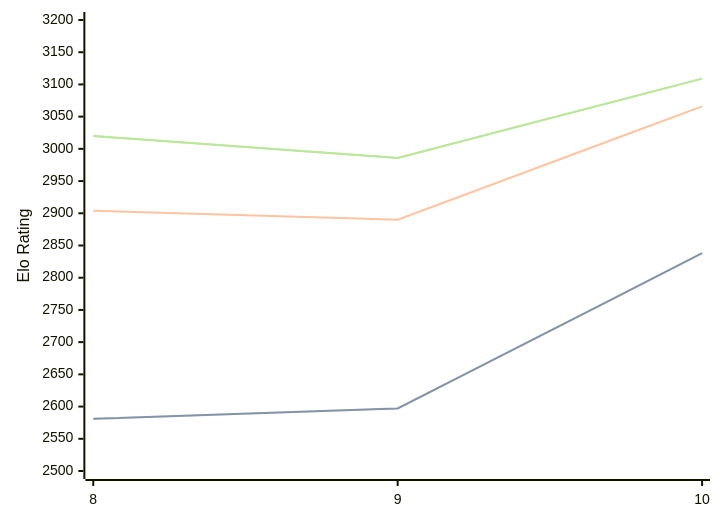
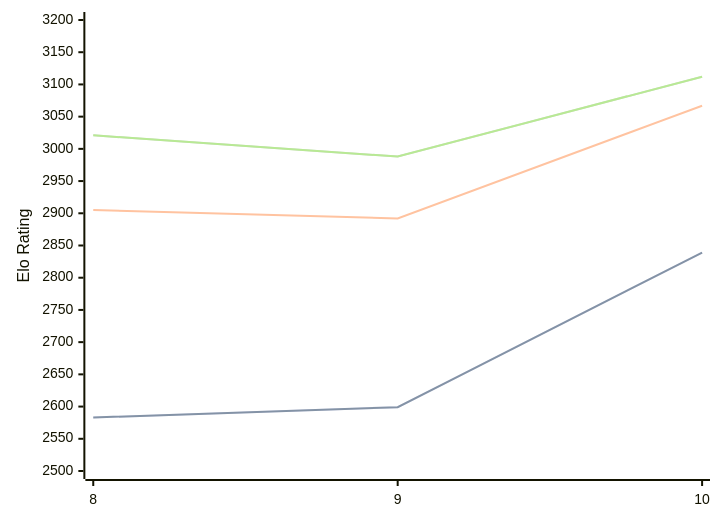
The diagram in engines/Lozza.md (computer-chess-index/cci), drawn with Mermaid before and after one commit. The commit also changed other lines of this file, not shown here.

Commit message:
Update CCI Ratings (ELO VLTC) - 2026-08-15

````diff
--- a/engines/Lozza.md
+++ b/engines/Lozza.md
@@ -33,11 +33,11 @@
 ```mermaid
 %%{init: {"theme":"base","themeVariables":{"seriesColors:['#a3a3a3','#222221','#faa371']}}}%%
 xychart-beta
   x-axis ["8", "9", "10"]
   y-axis "Elo Rating" 2500 --> 3200
-  line "STC (8.0+0.08s)" [2581, 2597, 2838]
-  line "STC (8.0+0.08s)" [2581, 2597, 2838]
-  line "LTC (60.0+0.60s)" [2904, 2890, 3066]
-  line "VLTC (2m24s+1.12s)" [3020, 2986, 3109]
-  line "VLTC (2m24s+1.12s)" [3020, 2986, 3109]
+  line "STC (8.0+0.08s)" [2583, 2599, 2839]
+  line "STC (8.0+0.08s)" [2583, 2599, 2839]
+  line "LTC (60.0+0.60s)" [2905, 2892, 3067]
+  line "VLTC (2m24s+1.12s)" [3021, 2988, 3112]
+  line "VLTC (2m24s+1.12s)" [3021, 2988, 3112]
 ```
````
